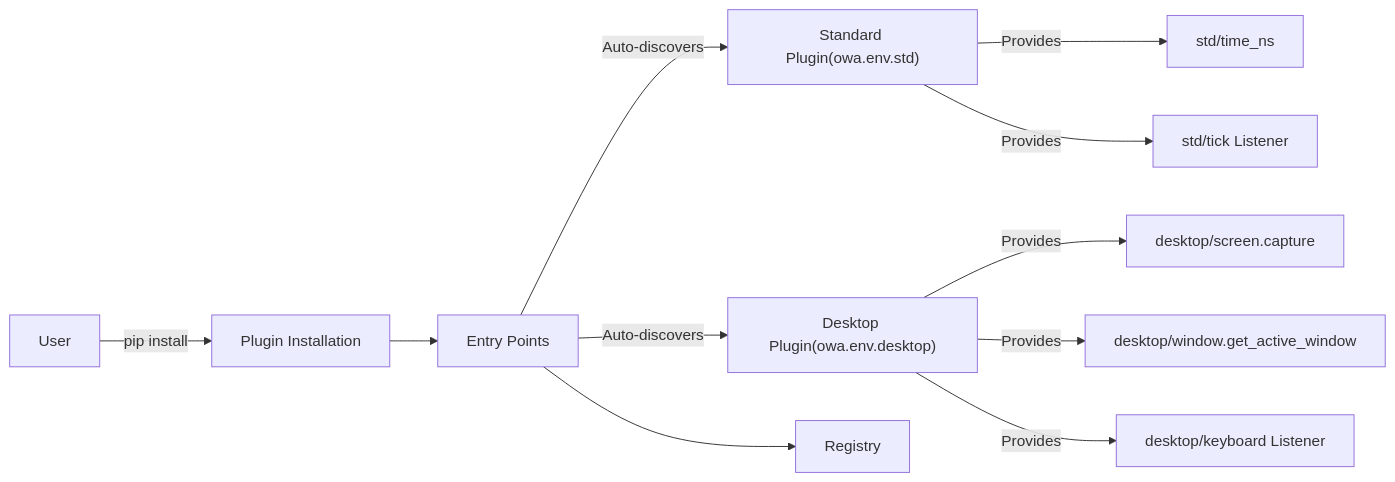
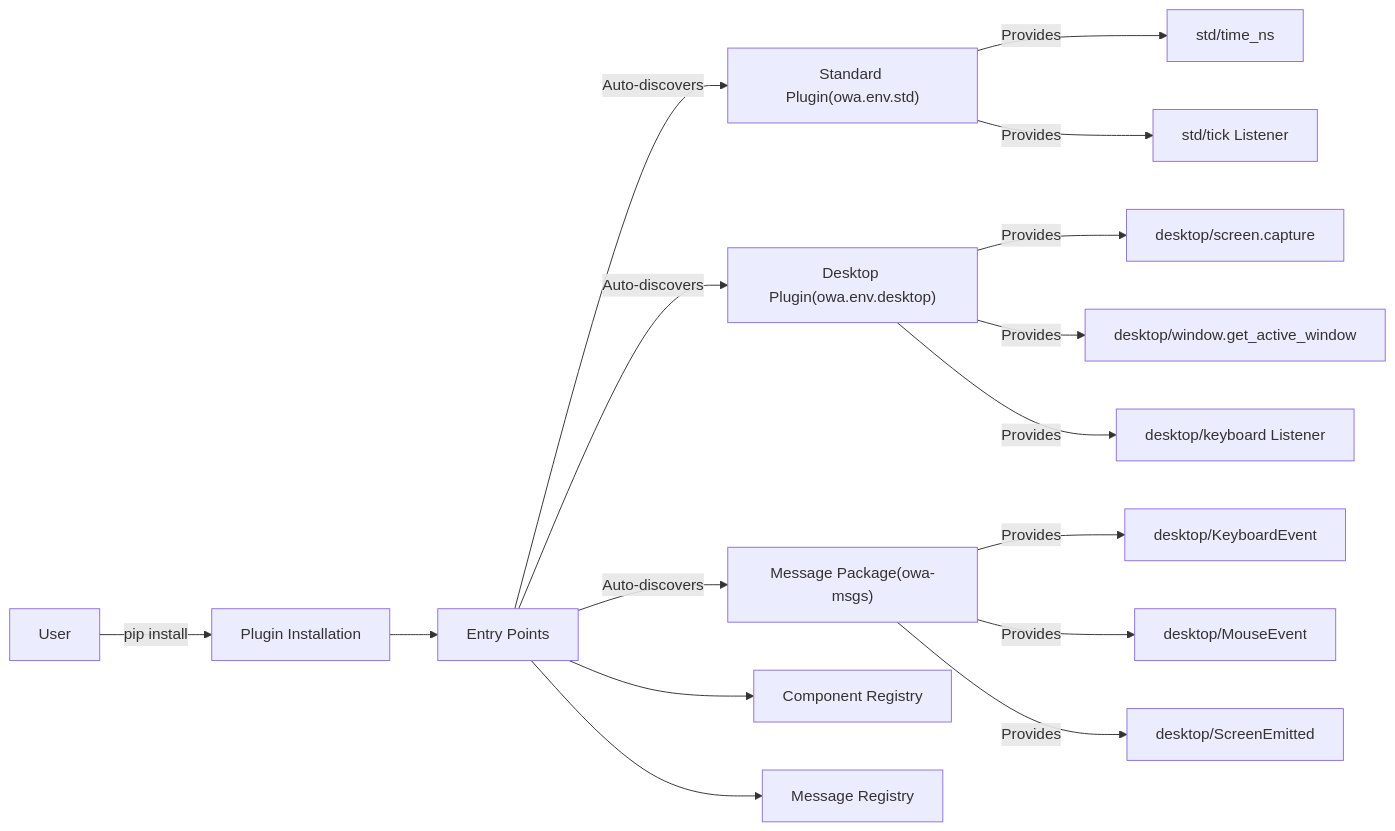
One commit to open-world-agents/open-world-agents changed the diagram in docs/env/guide.md. Above: the diagram before and after it, drawn with Mermaid. The commit also changed other lines of this file and 8 other files, not shown here.

````diff
--- a/docs/env/guide.md
+++ b/docs/env/guide.md
@@ -161,13 +161,18 @@
 ```mermaid
 graph LR;
     EP[Entry Points] -->|Auto-discovers| SM["Standard Plugin(owa.env.std)"]
     EP -->|Auto-discovers| DM["Desktop Plugin(owa.env.desktop)"]
+    EP -->|Auto-discovers| MP["Message Package(owa-msgs)"]
     SM -->|Provides| C1[std/time_ns]
     SM -->|Provides| L1[std/tick Listener]
     DM -->|Provides| C2[desktop/screen.capture]
     DM -->|Provides| C3[desktop/window.get_active_window]
     DM -->|Provides| L2[desktop/keyboard Listener]
+    MP -->|Provides| M1[desktop/KeyboardEvent]
+    MP -->|Provides| M2[desktop/MouseEvent]
+    MP -->|Provides| M3[desktop/ScreenEmitted]
     User -->|pip install| PI[Plugin Installation]
     PI --> EP
-    EP --> R[Registry]
+    EP --> R[Component Registry]
+    EP --> MR[Message Registry]
 ```
````
